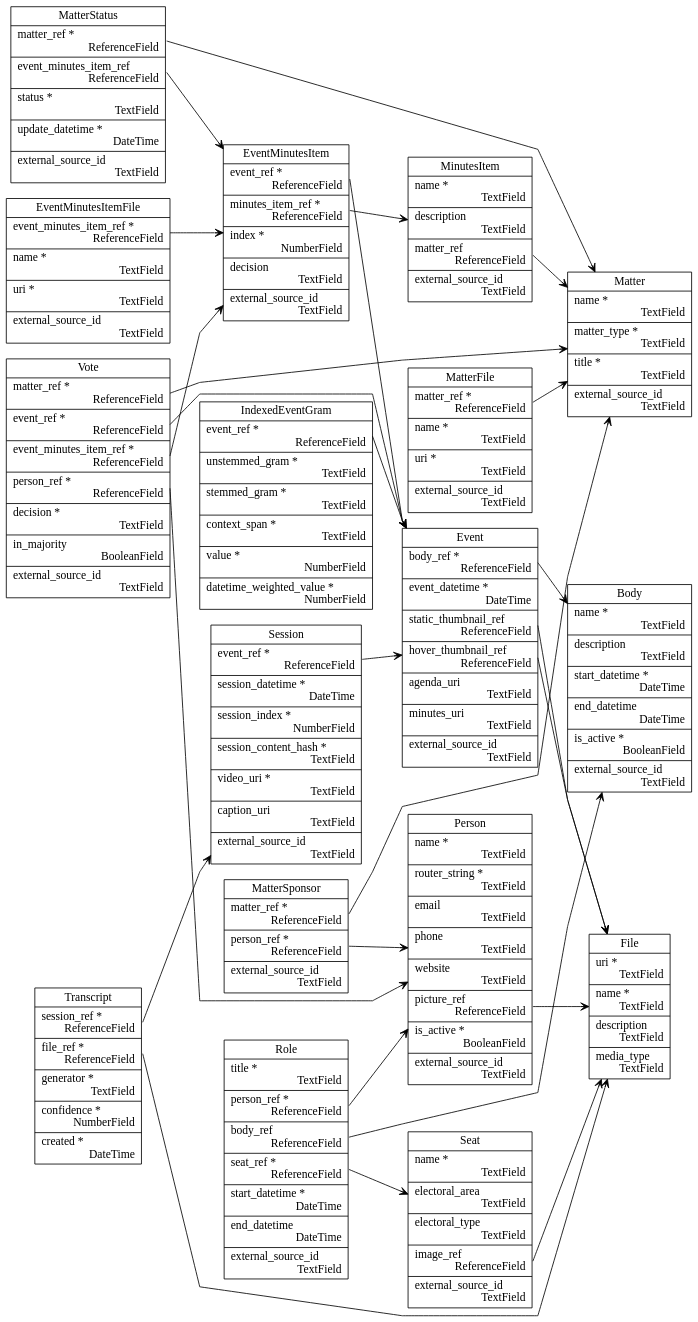
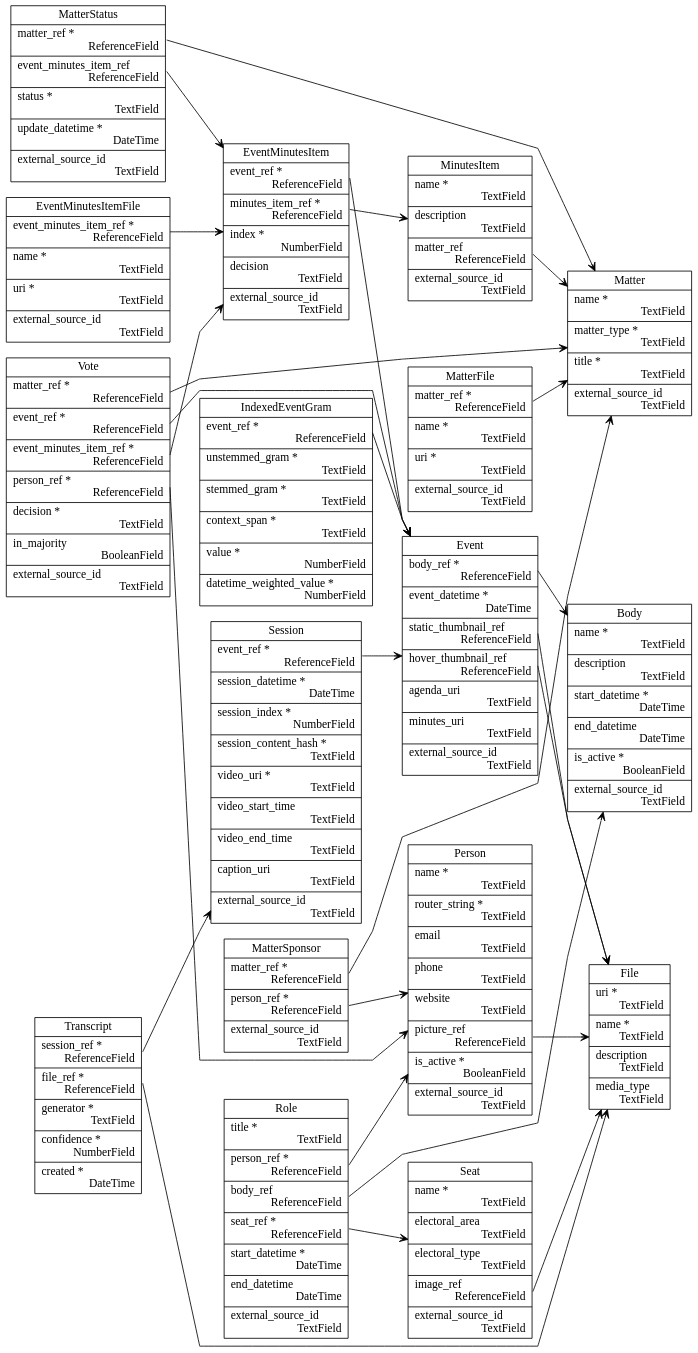
Before and after one commit to CouncilDataProject/cdp-backend: the diagram in _static/cdp_database_diagram.dot, drawn with Graphviz. The commit also changed 77 other files, not shown here.

```diff
--- a/_static/cdp_database_diagram.dot
+++ b/_static/cdp_database_diagram.dot
@@ -1,48 +1,48 @@
 // CDP Database Diagram
 digraph {
 	graph [bgcolor=transparent rankdir=LR splines=compound]
 	node [fillcolor=white shape=record style=filled]
 	edge [arrowhead=vee]
 	Body [label="Body | name *\l  TextField\r|description\l  TextField\r|start_datetime *\l  DateTime\r|end_datetime\l  DateTime\r|is_active *\l  BooleanField\r|external_source_id\l  TextField\r"]
 	Event [label="Event | <body_ref> body_ref *\l  ReferenceField\r|event_datetime *\l  DateTime\r|<static_thumbnail_ref> static_thumbnail_ref\l  ReferenceField\r|<hover_thumbnail_ref> hover_thumbnail_ref\l  ReferenceField\r|agenda_uri\l  TextField\r|minutes_uri\l  TextField\r|external_source_id\l  TextField\r"]
 	EventMinutesItem [label="EventMinutesItem | <event_ref> event_ref *\l  ReferenceField\r|<minutes_item_ref> minutes_item_ref *\l  ReferenceField\r|index *\l  NumberField\r|decision\l  TextField\r|external_source_id\l  TextField\r"]
 	EventMinutesItemFile [label="EventMinutesItemFile | <event_minutes_item_ref> event_minutes_item_ref *\l  ReferenceField\r|name *\l  TextField\r|uri *\l  TextField\r|external_source_id\l  TextField\r"]
 	File [label="File | uri *\l  TextField\r|name *\l  TextField\r|description\l  TextField\r|media_type\l  TextField\r"]
 	IndexedEventGram [label="IndexedEventGram | <event_ref> event_ref *\l  ReferenceField\r|unstemmed_gram *\l  TextField\r|stemmed_gram *\l  TextField\r|context_span *\l  TextField\r|value *\l  NumberField\r|datetime_weighted_value *\l  NumberField\r"]
 	Matter [label="Matter | name *\l  TextField\r|matter_type *\l  TextField\r|title *\l  TextField\r|external_source_id\l  TextField\r"]
 	MatterFile [label="MatterFile | <matter_ref> matter_ref *\l  ReferenceField\r|name *\l  TextField\r|uri *\l  TextField\r|external_source_id\l  TextField\r"]
 	MatterSponsor [label="MatterSponsor | <matter_ref> matter_ref *\l  ReferenceField\r|<person_ref> person_ref *\l  ReferenceField\r|external_source_id\l  TextField\r"]
 	MatterStatus [label="MatterStatus | <matter_ref> matter_ref *\l  ReferenceField\r|<event_minutes_item_ref> event_minutes_item_ref\l  ReferenceField\r|status *\l  TextField\r|update_datetime *\l  DateTime\r|external_source_id\l  TextField\r"]
 	MinutesItem [label="MinutesItem | name *\l  TextField\r|description\l  TextField\r|<matter_ref> matter_ref\l  ReferenceField\r|external_source_id\l  TextField\r"]
 	Person [label="Person | name *\l  TextField\r|router_string *\l  TextField\r|email\l  TextField\r|phone\l  TextField\r|website\l  TextField\r|<picture_ref> picture_ref\l  ReferenceField\r|is_active *\l  BooleanField\r|external_source_id\l  TextField\r"]
 	Role [label="Role | title *\l  TextField\r|<person_ref> person_ref *\l  ReferenceField\r|<body_ref> body_ref\l  ReferenceField\r|<seat_ref> seat_ref *\l  ReferenceField\r|start_datetime *\l  DateTime\r|end_datetime\l  DateTime\r|external_source_id\l  TextField\r"]
 	Seat [label="Seat | name *\l  TextField\r|electoral_area\l  TextField\r|electoral_type\l  TextField\r|<image_ref> image_ref\l  ReferenceField\r|external_source_id\l  TextField\r"]
-	Session [label="Session | <event_ref> event_ref *\l  ReferenceField\r|session_datetime *\l  DateTime\r|session_index *\l  NumberField\r|session_content_hash *\l  TextField\r|video_uri *\l  TextField\r|caption_uri\l  TextField\r|external_source_id\l  TextField\r"]
+	Session [label="Session | <event_ref> event_ref *\l  ReferenceField\r|session_datetime *\l  DateTime\r|session_index *\l  NumberField\r|session_content_hash *\l  TextField\r|video_uri *\l  TextField\r|video_start_time\l  TextField\r|video_end_time\l  TextField\r|caption_uri\l  TextField\r|external_source_id\l  TextField\r"]
 	Transcript [label="Transcript | <session_ref> session_ref *\l  ReferenceField\r|<file_ref> file_ref *\l  ReferenceField\r|generator *\l  TextField\r|confidence *\l  NumberField\r|created *\l  DateTime\r"]
 	Vote [label="Vote | <matter_ref> matter_ref *\l  ReferenceField\r|<event_ref> event_ref *\l  ReferenceField\r|<event_minutes_item_ref> event_minutes_item_ref *\l  ReferenceField\r|<person_ref> person_ref *\l  ReferenceField\r|decision *\l  TextField\r|in_majority\l  BooleanField\r|external_source_id\l  TextField\r"]
 	Event:body_ref -> Body
 	Event:static_thumbnail_ref -> File
 	Event:hover_thumbnail_ref -> File
 	EventMinutesItem:event_ref -> Event
 	EventMinutesItem:minutes_item_ref -> MinutesItem
 	EventMinutesItemFile:event_minutes_item_ref -> EventMinutesItem
 	IndexedEventGram:event_ref -> Event
 	MatterFile:matter_ref -> Matter
 	MatterSponsor:matter_ref -> Matter
 	MatterSponsor:person_ref -> Person
 	MatterStatus:matter_ref -> Matter
 	MatterStatus:event_minutes_item_ref -> EventMinutesItem
 	MinutesItem:matter_ref -> Matter
 	Person:picture_ref -> File
 	Role:person_ref -> Person
 	Role:body_ref -> Body
 	Role:seat_ref -> Seat
 	Seat:image_ref -> File
 	Session:event_ref -> Event
 	Transcript:session_ref -> Session
 	Transcript:file_ref -> File
 	Vote:matter_ref -> Matter
 	Vote:event_ref -> Event
 	Vote:event_minutes_item_ref -> EventMinutesItem
 	Vote:person_ref -> Person
 }
```
